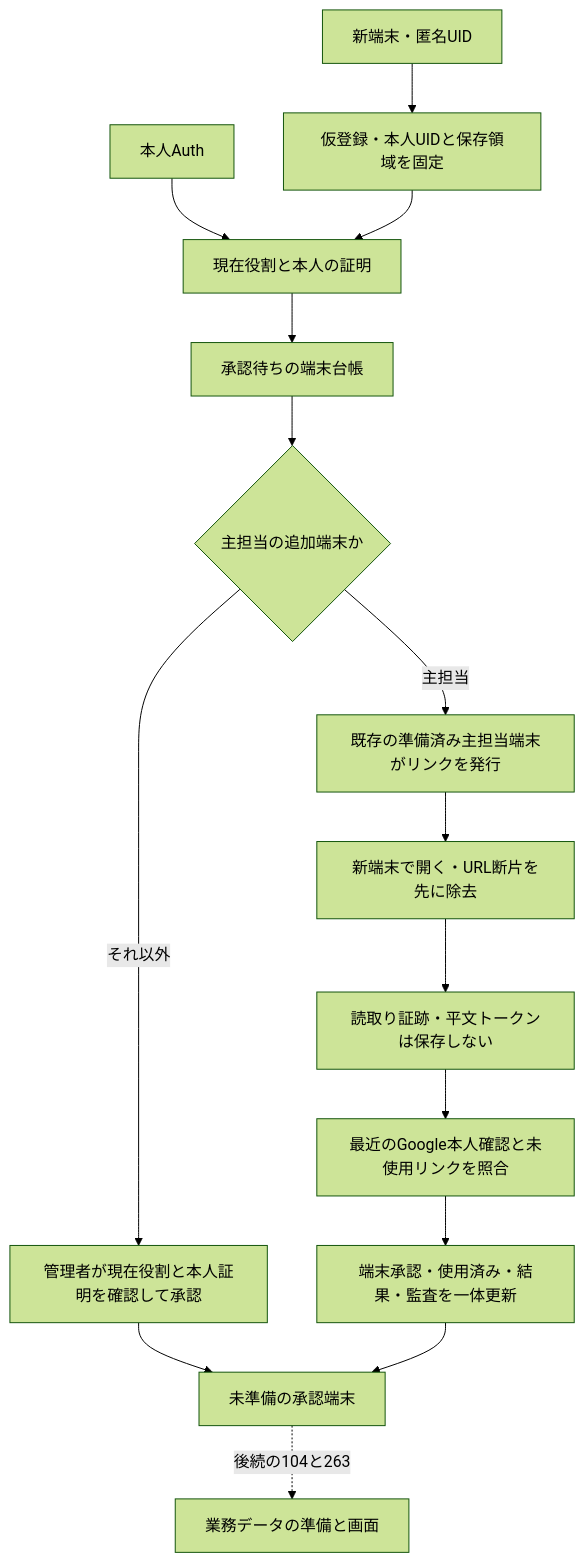
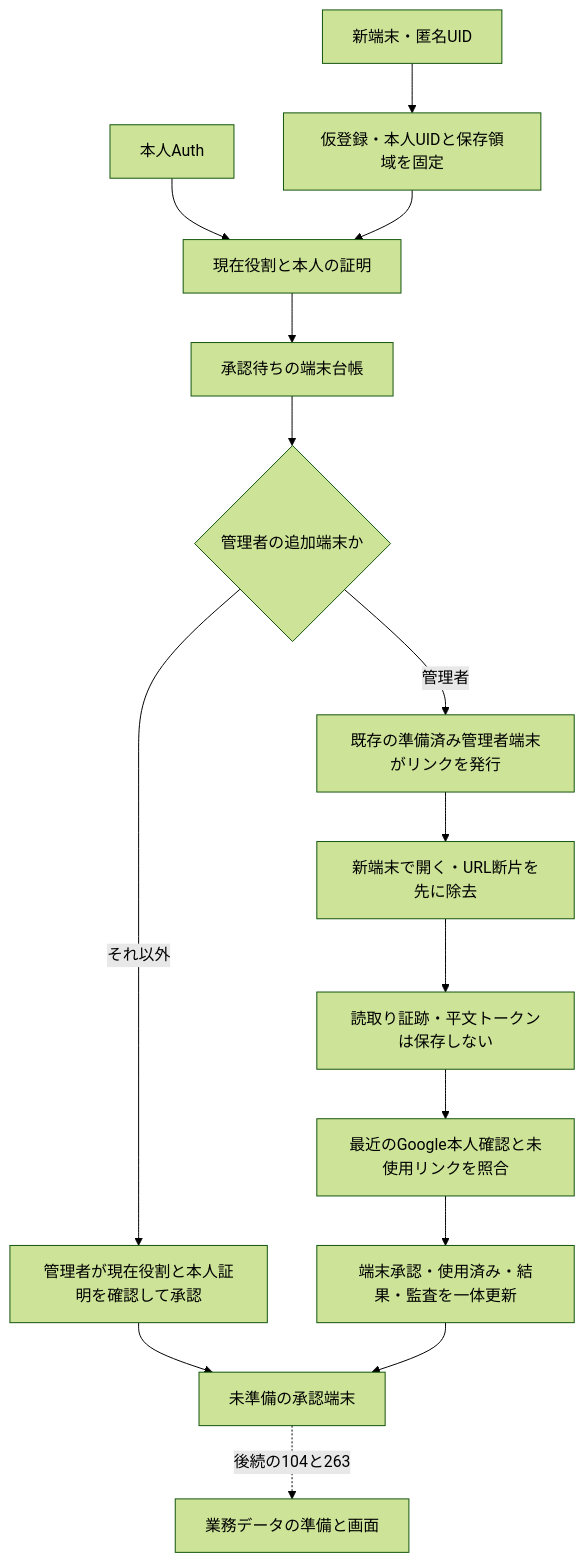
Before and after one commit to EU0207/concert-reception-system: the second of 2 diagrams in docs/development/technical-validation/authorization-foundation-results.md, drawn with Mermaid (forest theme). The commit also changed other lines of this file and 76 other files, not shown here.

````diff
--- a/docs/development/technical-validation/authorization-foundation-results.md
+++ b/docs/development/technical-validation/authorization-foundation-results.md
@@ -99,17 +101,17 @@
 ```mermaid
 flowchart TD
   A[新端末・匿名UID] --> B[仮登録・本人UIDと保存領域を固定]
   H[本人Auth] --> C[現在役割と本人の証明]
   B --> C
   C --> D[承認待ちの端末台帳]
-  D --> E{主担当の追加端末か}
+  D --> E{管理者の追加端末か}
   E -->|それ以外| F[管理者が現在役割と本人証明を確認して承認]
-  E -->|主担当| G[既存の準備済み主担当端末がリンクを発行]
+  E -->|管理者| G[既存の準備済み管理者端末がリンクを発行]
   G --> Q[新端末で開く・URL断片を先に除去]
   Q --> R[読取り証跡・平文トークンは保存しない]
   R --> S[最近のGoogle本人確認と未使用リンクを照合]
   S --> T[端末承認・使用済み・結果・監査を一体更新]
   F --> U[未準備の承認端末]
   T --> U
   U -. 後続の104と263 .-> V[業務データの準備と画面]
 ```
````
